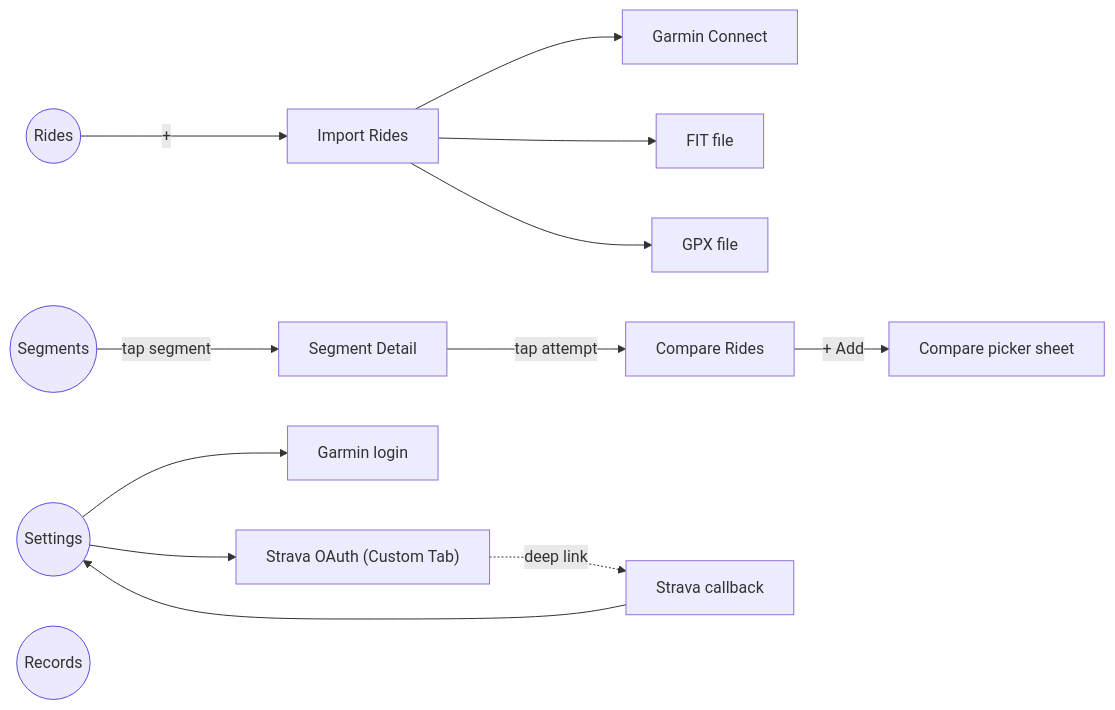
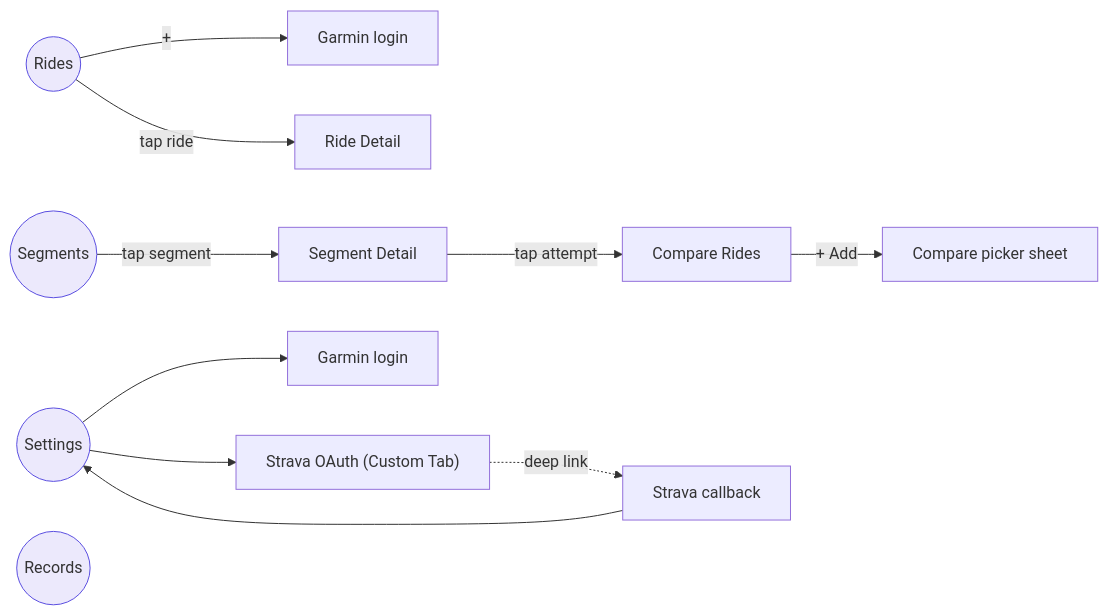
The fifth of 5 diagrams in ARCHITECTURE.md (japeko/SegmentAnalyzer), drawn with Mermaid before and after one commit. The commit also changed other lines of this file and 1 other file, not shown here.

First line of the commit message:
Update README and ARCHITECTURE docs for recent features

````diff
--- a/ARCHITECTURE.md
+++ b/ARCHITECTURE.md
@@ -294,23 +327,21 @@
 ```mermaid
 graph LR
-    Rides(("Rides")) -->|"+"| ImportSrc["Import Rides"]
-    ImportSrc --> Garmin["Garmin Connect"]
-    ImportSrc --> FitI["FIT file"]
-    ImportSrc --> GpxI["GPX file"]
+    Rides(("Rides")) -->|"+"| Garmin["Garmin login"]
+    Rides -->|tap ride| RideDetail["Ride Detail"]
 
     Segments(("Segments")) -->|tap segment| Detail["Segment Detail"]
     Detail -->|tap attempt| Compare["Compare Rides"]
     Compare -->|"+ Add"| Sheet["Compare picker sheet"]
 
     Settings(("Settings")) --> GLogin["Garmin login"]
     Settings --> SOAuth["Strava OAuth (Custom Tab)"]
     SOAuth -.deep link.-> Callback["Strava callback"]
     Callback --> Settings
 
     Records(("Records"))
 
     style Rides fill:#ece9fc,stroke:#5b4fe0
     style Segments fill:#ece9fc,stroke:#5b4fe0
     style Settings fill:#ece9fc,stroke:#5b4fe0
     style Records fill:#ece9fc,stroke:#5b4fe0
 ```
````
